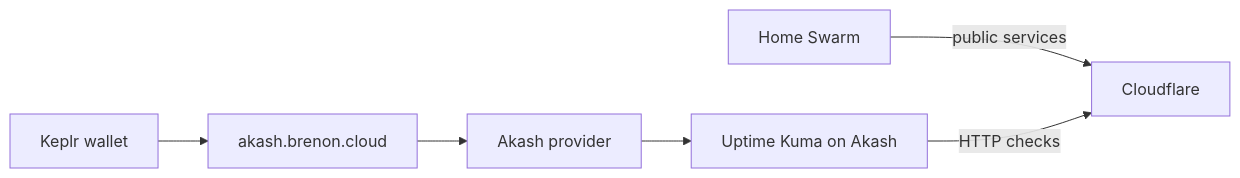
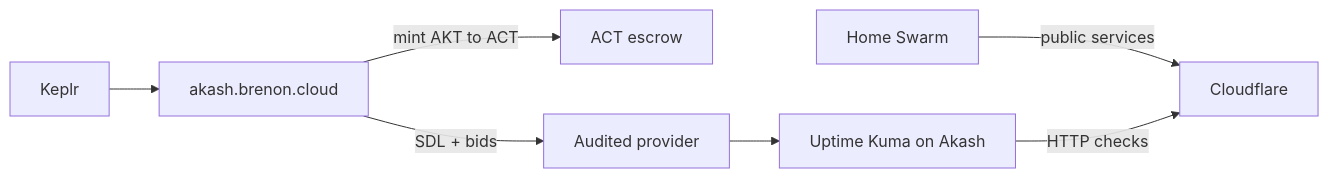
The diagram in src/content/blog/uptime-kuma-on-akash.en.md (brenonaraujo/brenon.cloud), drawn with Mermaid before and after one commit. The commit also changed other lines of this file and 1 other file, not shown here.

First line of the commit message:
feat(blog): expand Kuma/Akash post with SDL, AKT-ACT, audited provider

````diff
--- a/src/content/blog/uptime-kuma-on-akash.en.md
+++ b/src/content/blog/uptime-kuma-on-akash.en.md
@@ -39,8 +105,9 @@
 ```mermaid
 flowchart LR
     Swarm[Home Swarm] -->|public services| Edge[Cloudflare]
     Kuma[Uptime Kuma on Akash] -->|HTTP checks| Edge
-    Wallet[Keplr wallet] --> Air[akash.brenon.cloud]
-    Air --> Akash[Akash provider]
+    Wallet[Keplr] --> Air[akash.brenon.cloud]
+    Air -->|mint AKT to ACT| ACT[ACT escrow]
+    Air -->|SDL + bids| Akash[Audited provider]
     Akash --> Kuma
 ```
````
